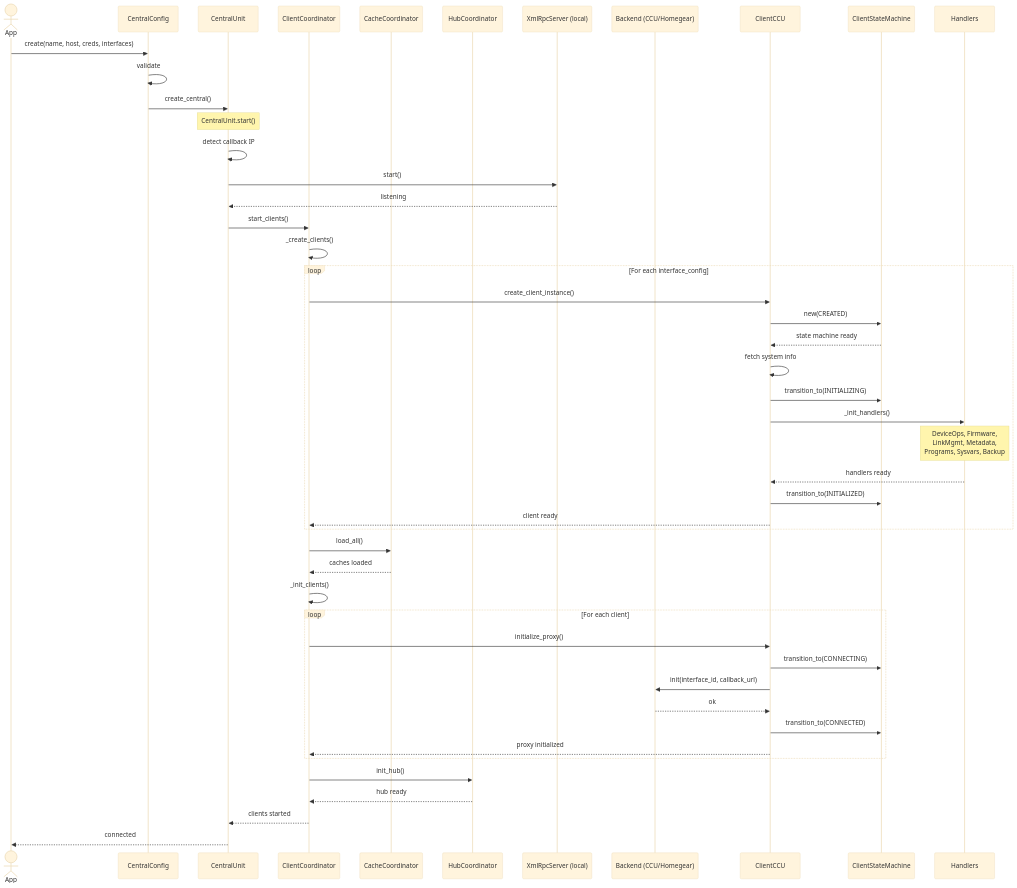
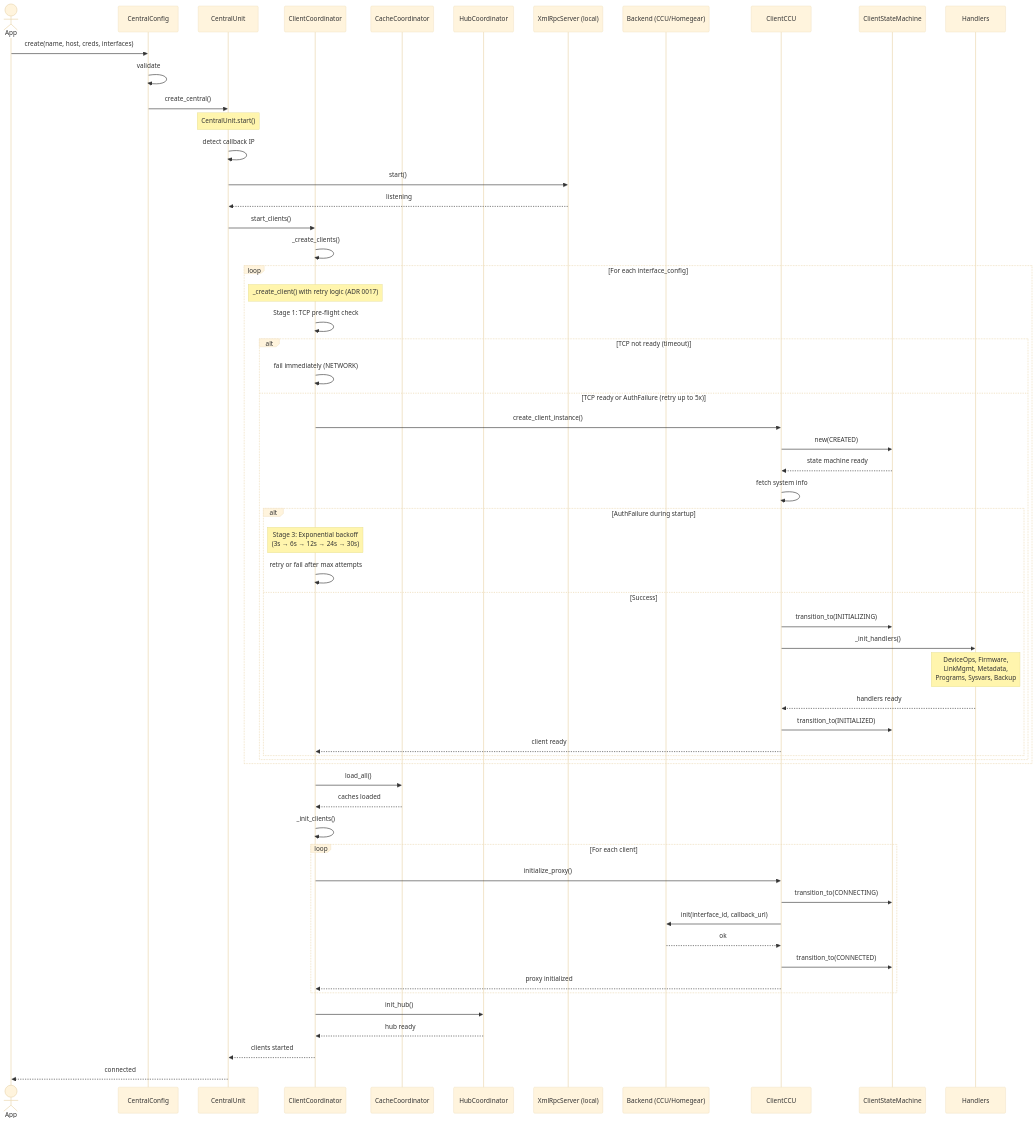
The first of 17 diagrams in docs/sequence_diagrams.md (SukramJ/aiohomematic), drawn with Mermaid (base theme) before and after one commit. The commit also changed other lines of this file and 6 other files, not shown here.

````diff
--- a/docs/sequence_diagrams.md
+++ b/docs/sequence_diagrams.md
@@ -7,58 +7,69 @@
 ```mermaid
 sequenceDiagram
   actor App
   participant Cfg as CentralConfig
   participant C as CentralUnit
   participant CC as ClientCoordinator
   participant CaC as CacheCoordinator
   participant HC as HubCoordinator
   participant XRS as XmlRpcServer (local)
   participant CCU as Backend (CCU/Homegear)
   participant CX as ClientCCU
   participant SM as ClientStateMachine
   participant H as Handlers
 
   App->>Cfg: create(name, host, creds, interfaces)
   Cfg->>Cfg: validate
   Cfg->>C: create_central()
 
   Note over C: CentralUnit.start()
   C->>C: detect callback IP
   C->>XRS: start()
   XRS-->>C: listening
 
   C->>CC: start_clients()
   CC->>CC: _create_clients()
 
   loop For each interface_config
-    CC->>CX: create_client_instance()
-    CX->>SM: new(CREATED)
-    SM-->>CX: state machine ready
-    CX->>CX: fetch system info
-    CX->>SM: transition_to(INITIALIZING)
-    CX->>H: _init_handlers()
-    Note over H: DeviceOps, Firmware,<br/>LinkMgmt, Metadata,<br/>Programs, Sysvars, Backup
-    H-->>CX: handlers ready
-    CX->>SM: transition_to(INITIALIZED)
-    CX-->>CC: client ready
+    Note over CC: _create_client() with retry logic (ADR 0017)
+    CC->>CC: Stage 1: TCP pre-flight check
+    alt TCP not ready (timeout)
+      CC->>CC: fail immediately (NETWORK)
+    else TCP ready or AuthFailure (retry up to 5x)
+      CC->>CX: create_client_instance()
+      CX->>SM: new(CREATED)
+      SM-->>CX: state machine ready
+      CX->>CX: fetch system info
+      alt AuthFailure during startup
+        Note over CC: Stage 3: Exponential backoff<br/>(3s → 6s → 12s → 24s → 30s)
+        CC->>CC: retry or fail after max attempts
+      else Success
+        CX->>SM: transition_to(INITIALIZING)
+        CX->>H: _init_handlers()
+        Note over H: DeviceOps, Firmware,<br/>LinkMgmt, Metadata,<br/>Programs, Sysvars, Backup
+        H-->>CX: handlers ready
+        CX->>SM: transition_to(INITIALIZED)
+        CX-->>CC: client ready
+      end
+    end
   end
 
   CC->>CaC: load_all()
   CaC-->>CC: caches loaded
 
   CC->>CC: _init_clients()
   loop For each client
     CC->>CX: initialize_proxy()
     CX->>SM: transition_to(CONNECTING)
     CX->>CCU: init(interface_id, callback_url)
     CCU-->>CX: ok
     CX->>SM: transition_to(CONNECTED)
     CX-->>CC: proxy initialized
   end
 
   CC->>HC: init_hub()
   HC-->>CC: hub ready
 
   CC-->>C: clients started
   C-->>App: connected
 ```
````
